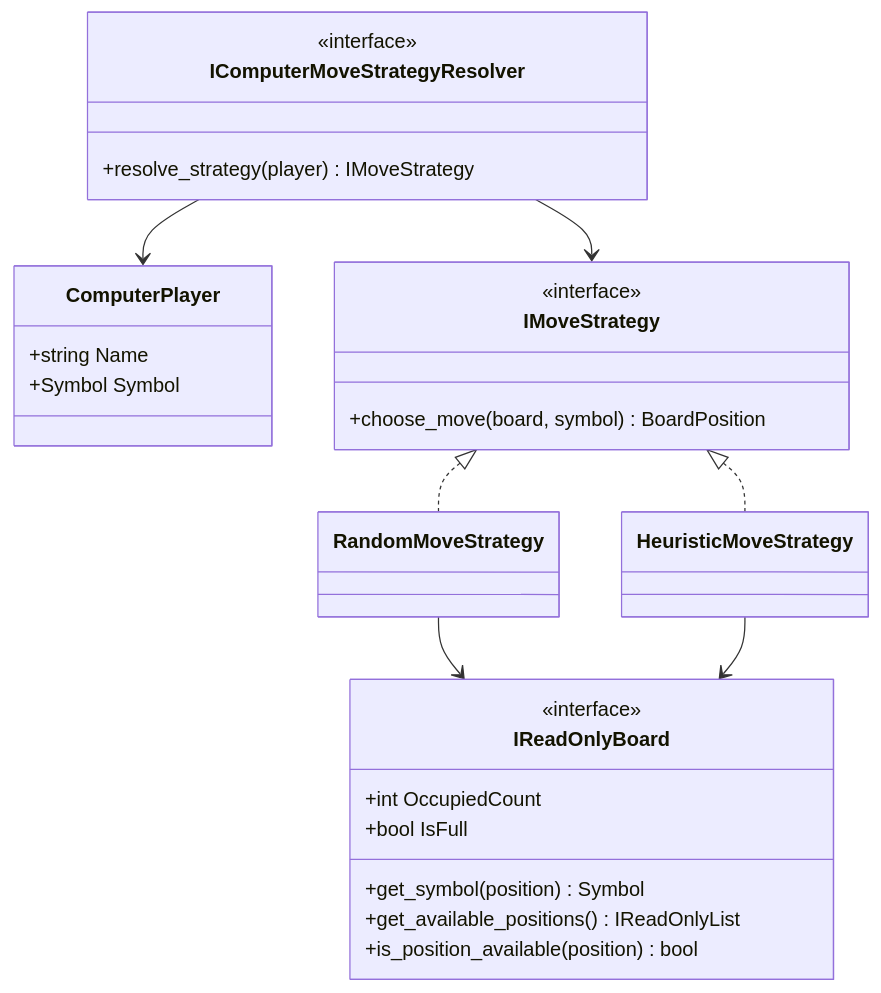
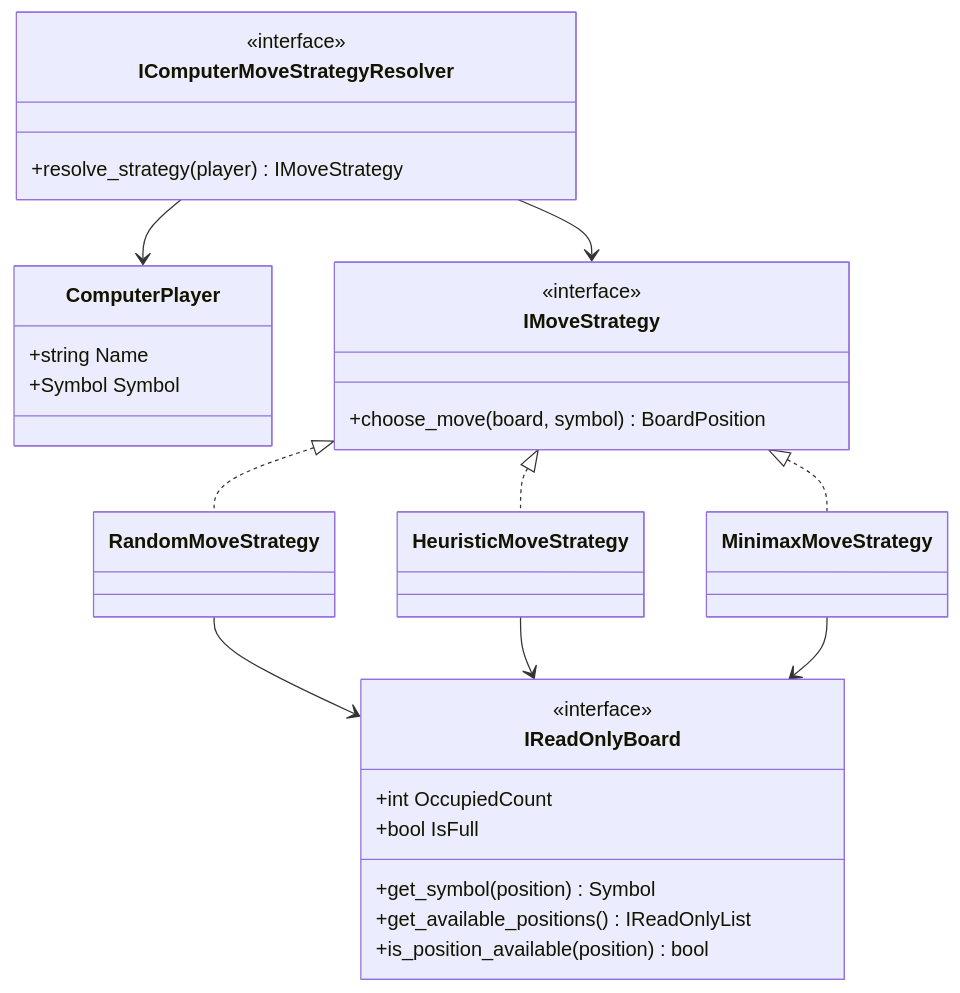
One commit to m4rc3lo/Tic-Tac-Toe changed the first of 5 diagrams in docs/10-inteligencia-artificial.md. Above: the diagram before and after it, drawn with Mermaid. The commit also changed other lines of this file and 8 other files, not shown here.

````diff
--- a/docs/10-inteligencia-artificial.md
+++ b/docs/10-inteligencia-artificial.md
@@ -15,36 +15,39 @@
 ```mermaid
 classDiagram
     class ComputerPlayer {
         +string Name
         +Symbol Symbol
     }
 
     class IComputerMoveStrategyResolver {
         <<interface>>
         +resolve_strategy(player) IMoveStrategy
     }
 
     class IMoveStrategy {
         <<interface>>
         +choose_move(board, symbol) BoardPosition
     }
 
     class RandomMoveStrategy
     class HeuristicMoveStrategy
+    class MinimaxMoveStrategy
 
     class IReadOnlyBoard {
         <<interface>>
         +int OccupiedCount
         +bool IsFull
         +get_symbol(position) Symbol
         +get_available_positions() IReadOnlyList
         +is_position_available(position) bool
     }
 
     IComputerMoveStrategyResolver --> ComputerPlayer
     IComputerMoveStrategyResolver --> IMoveStrategy
     IMoveStrategy <|.. RandomMoveStrategy
     IMoveStrategy <|.. HeuristicMoveStrategy
+    IMoveStrategy <|.. MinimaxMoveStrategy
     RandomMoveStrategy --> IReadOnlyBoard
     HeuristicMoveStrategy --> IReadOnlyBoard
+    MinimaxMoveStrategy --> IReadOnlyBoard
 ```
````
